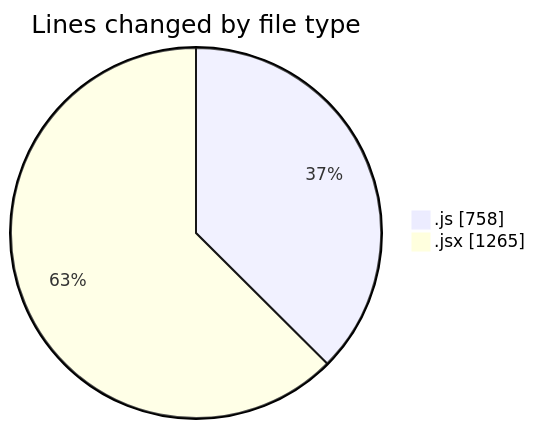
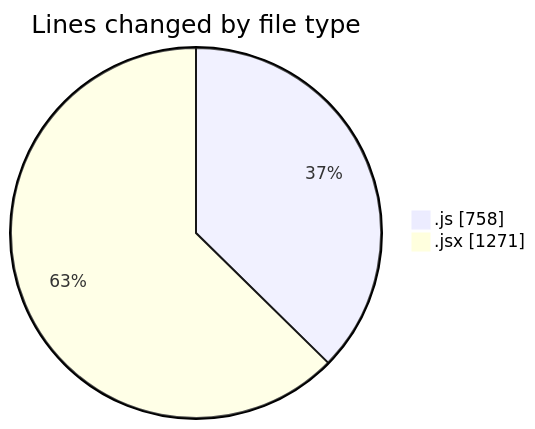
Before and after one commit to nxtqubesakshisongat/code-tracking: the first of 2 diagrams in 2025-05-31/nxtqube_webapp/README.md, drawn with Mermaid. The commit also changed other lines of this file and 1 other file, not shown here.

````diff
--- a/2025-05-31/nxtqube_webapp/README.md
+++ b/2025-05-31/nxtqube_webapp/README.md
@@ -28,6 +28,6 @@
 ```mermaid
 pie showData
 title Lines changed by file type
 ".js" : 758
-".jsx" : 1265
+".jsx" : 1271
 ```
````
